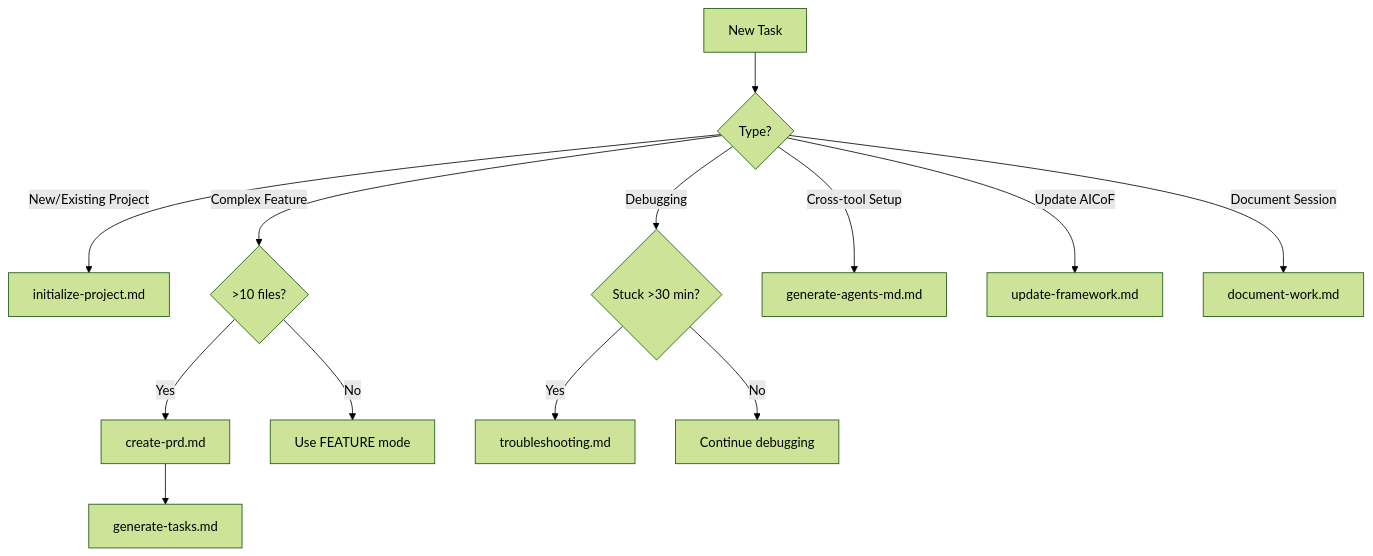
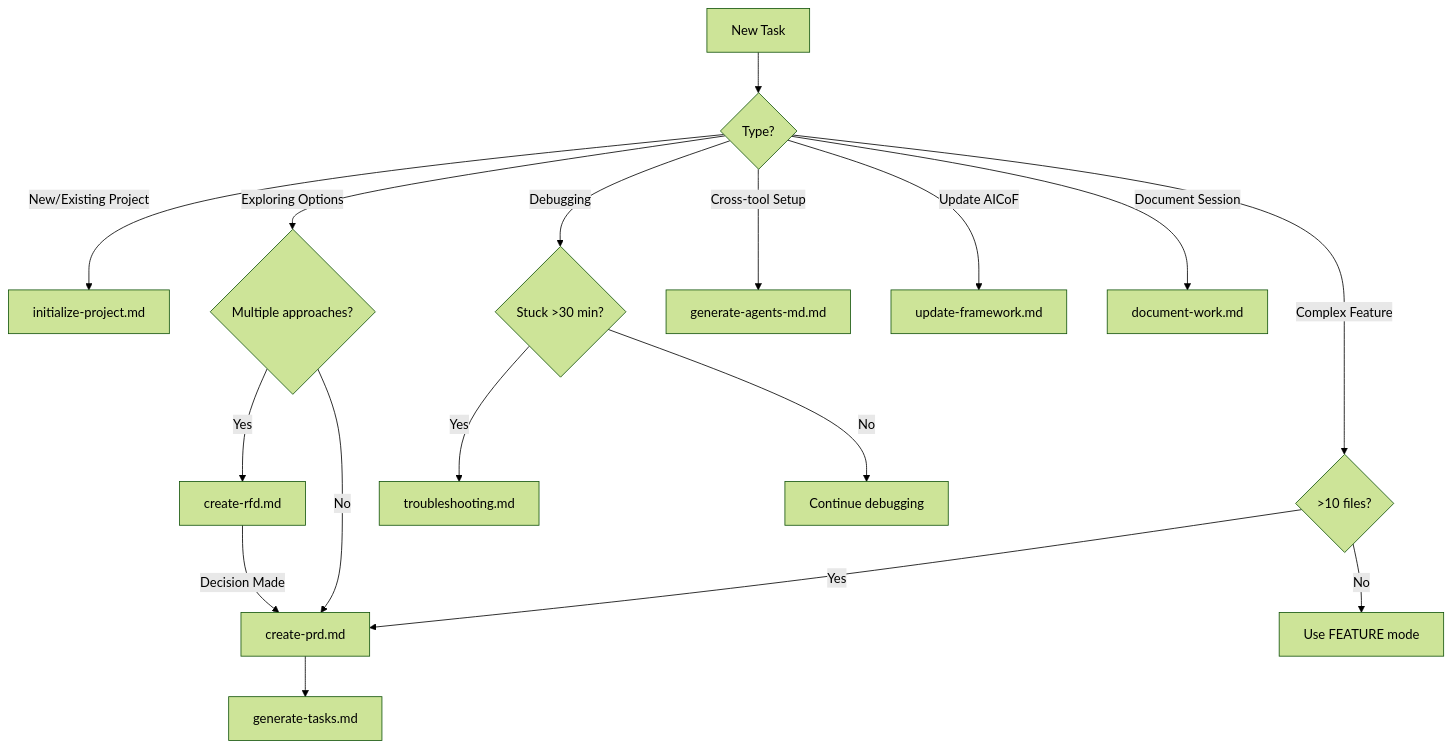
Before and after one commit to ar4mirez/samuel: the diagram in docs/workflows/index.md, drawn with Mermaid (forest theme). The commit also changed other lines of this file and 13 other files, not shown here.

````diff
--- a/docs/workflows/index.md
+++ b/docs/workflows/index.md
@@ -68,18 +69,23 @@
 ```mermaid
 graph TD
     A[New Task] --> B{Type?}
 
     B -->|New/Existing Project| C[initialize-project.md]
-    B -->|Complex Feature| D{>10 files?}
-    B -->|Debugging| E{Stuck >30 min?}
-    B -->|Cross-tool Setup| F[generate-agents-md.md]
-    B -->|Update AICoF| G[update-framework.md]
-    B -->|Document Session| H[document-work.md]
+    B -->|Exploring Options| D{Multiple approaches?}
+    B -->|Complex Feature| E{>10 files?}
+    B -->|Debugging| F{Stuck >30 min?}
+    B -->|Cross-tool Setup| G[generate-agents-md.md]
+    B -->|Update AICoF| H[update-framework.md]
+    B -->|Document Session| I[document-work.md]
 
-    D -->|Yes| I[create-prd.md]
-    I --> J[generate-tasks.md]
-    D -->|No| K[Use FEATURE mode]
+    D -->|Yes| J[create-rfd.md]
+    J -->|Decision Made| K[create-prd.md]
+    D -->|No| K
 
-    E -->|Yes| L[troubleshooting.md]
-    E -->|No| M[Continue debugging]
+    E -->|Yes| K
+    K --> L[generate-tasks.md]
+    E -->|No| M[Use FEATURE mode]
+
+    F -->|Yes| N[troubleshooting.md]
+    F -->|No| O[Continue debugging]
 ```
````
